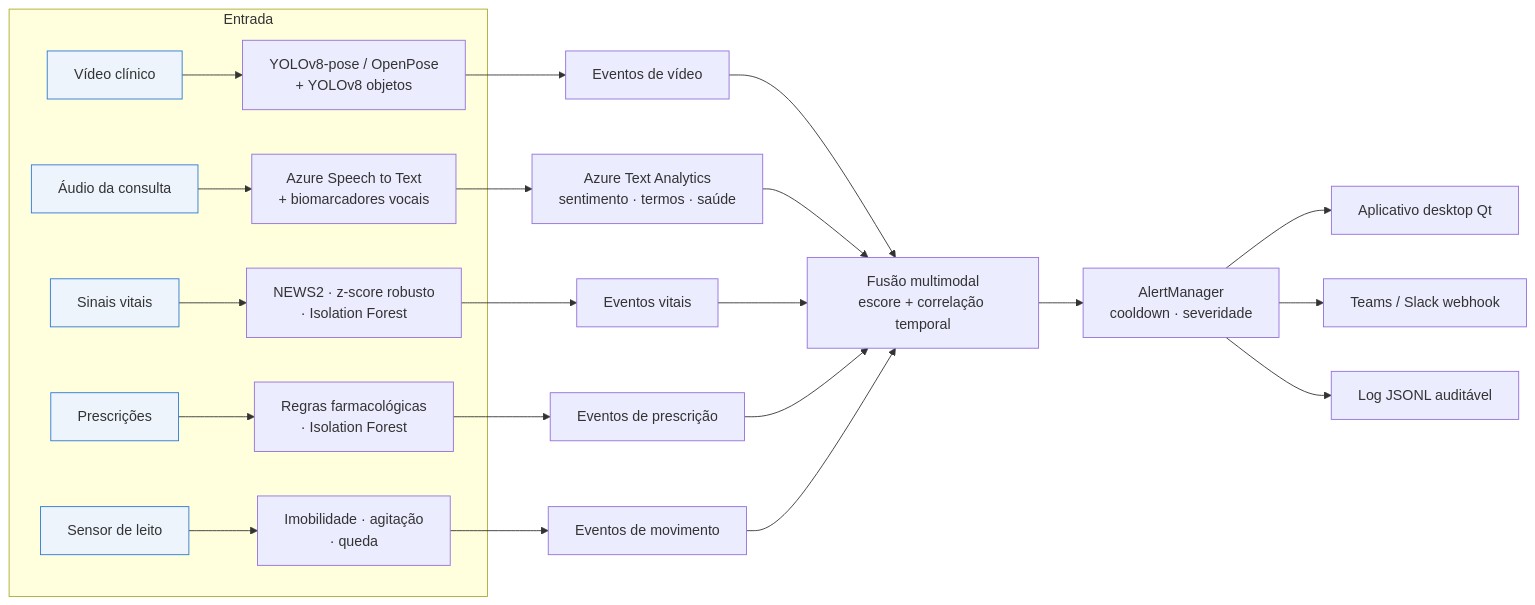
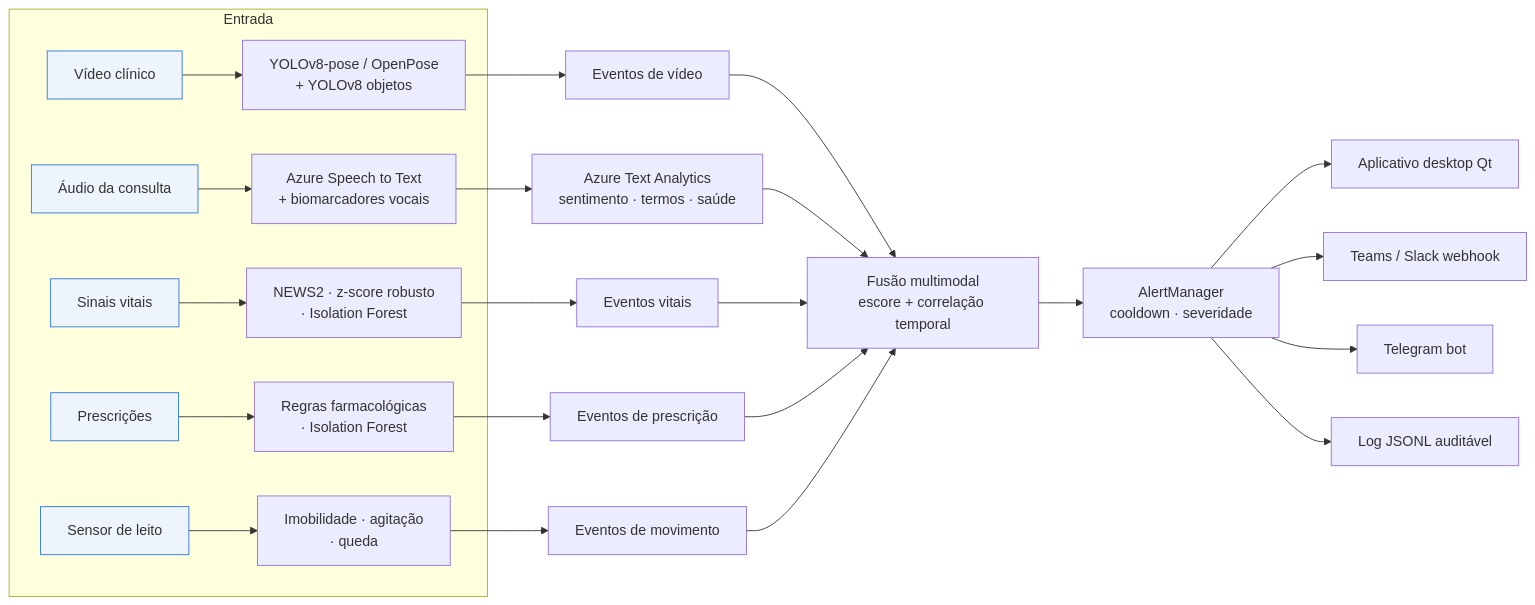
The diagram in tech-challenge-fase4/README.md (FIAP94-9IADT/tech_challenge_4), drawn with Mermaid before and after one commit. The commit also changed other lines of this file and 12 other files, not shown here.

````diff
--- a/tech-challenge-fase4/README.md
+++ b/tech-challenge-fase4/README.md
@@ -18,21 +18,22 @@
 ```mermaid
 flowchart LR
   subgraph Entrada
     V[Vídeo clínico]:::m --> VP
     A[Áudio da consulta]:::m --> AP
     S[Sinais vitais]:::m --> SV
     R[Prescrições]:::m --> RX
     M[Sensor de leito]:::m --> MV
   end
   VP[YOLOv8-pose / OpenPose<br/>+ YOLOv8 objetos] --> VA[Eventos de vídeo]
   AP[Azure Speech to Text<br/>+ biomarcadores vocais] --> TA[Azure Text Analytics<br/>sentimento · termos · saúde]
   SV[NEWS2 · z-score robusto<br/>· Isolation Forest] --> VE[Eventos vitais]
   RX[Regras farmacológicas<br/>· Isolation Forest] --> RE[Eventos de prescrição]
   MV[Imobilidade · agitação<br/>· queda] --> ME[Eventos de movimento]
   VA & TA & VE & RE & ME --> F[Fusão multimodal<br/>escore + correlação temporal]
   F --> AM[AlertManager<br/>cooldown · severidade]
   AM --> D[Aplicativo desktop Qt]
   AM --> W[Teams / Slack webhook]
+  AM --> T[Telegram bot]
   AM --> L[Log JSONL auditável]
   classDef m fill:#eef4fc,stroke:#2a78d6
 ```
````
